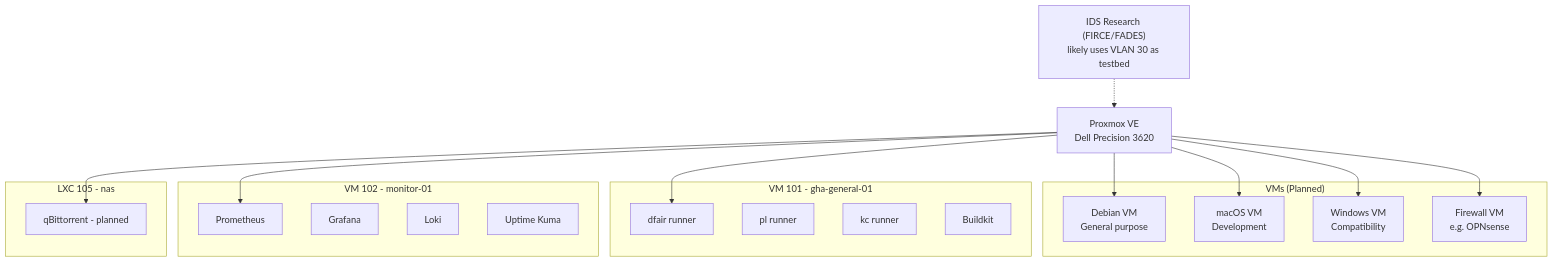
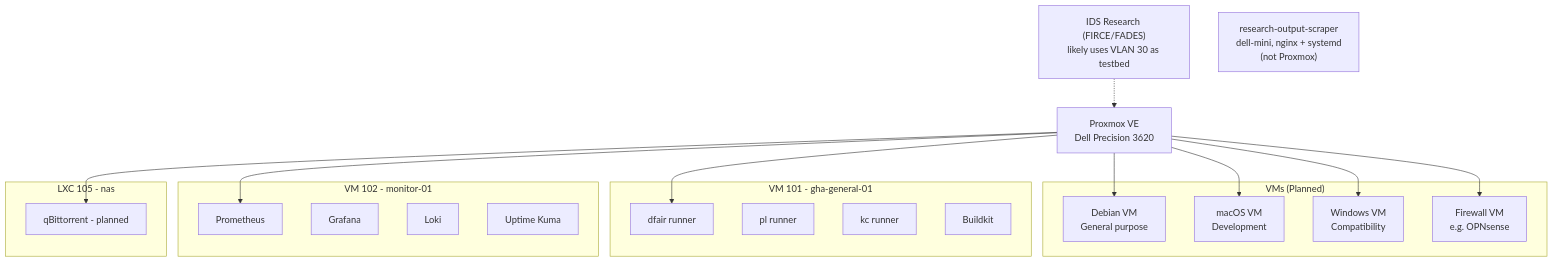
One commit to sethbarrett50/home_lab_docs changed the diagram in docs/services/README.md. Above: the diagram before and after it, drawn with Mermaid. The commit also changed other lines of this file and 3 other files, not shown here.

First line of the commit message:
docs: add research-output-scraper service page

````diff
--- a/docs/services/README.md
+++ b/docs/services/README.md
@@ -15,40 +20,42 @@
 ```mermaid
 graph TD
     PVE[Proxmox VE\nDell Precision 3620]
 
     subgraph "VMs (Planned)"
         DEBIAN[Debian VM\nGeneral purpose]
         MACOS[macOS VM\nDevelopment]
         WIN[Windows VM\nCompatibility]
         FW[Firewall VM\ne.g. OPNsense]
     end
 
     subgraph "VM 101 - gha-general-01"
         GHA1[dfair runner]
         GHA2[pl runner]
         GHA3[kc runner]
         BK[Buildkit]
     end
 
     subgraph "VM 102 - monitor-01"
         PROM[Prometheus]
         GRAF[Grafana]
         LOKI[Loki]
         KUMA[Uptime Kuma]
     end
 
     subgraph "LXC 105 - nas"
         QB[qBittorrent - planned]
     end
 
     PVE --> DEBIAN
     PVE --> MACOS
     PVE --> WIN
     PVE --> FW
     PVE --> GHA1
     PVE --> PROM
     PVE --> QB
 
     IDS["IDS Research (FIRCE/FADES)\nlikely uses VLAN 30 as testbed"]
     IDS -.-> PVE
+
+    ROSC["research-output-scraper\ndell-mini, nginx + systemd\n(not Proxmox)"]
 ```
````
